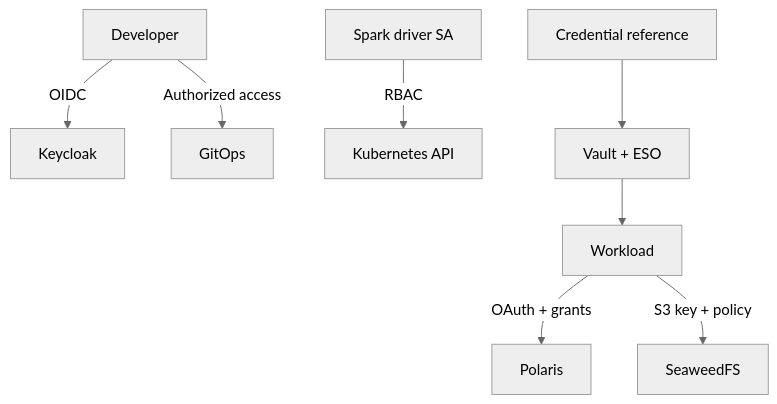
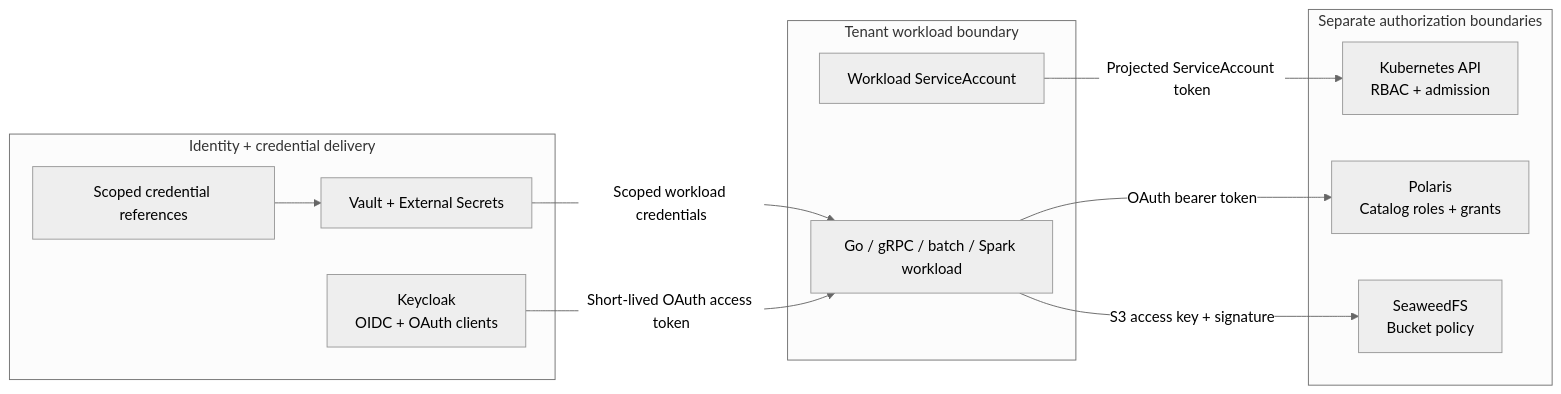
One commit to MrDaggubati/infer-blog changed the fifth of 8 diagrams in content/blog/opendp-kubernetes-paved-paths/article.md. Above: the diagram before and after it, drawn with Mermaid (neutral theme). The commit also changed other lines of this file and 11 other files, not shown here.

````diff
--- a/content/blog/opendp-kubernetes-paved-paths/article.md
+++ b/content/blog/opendp-kubernetes-paved-paths/article.md
@@ -134,10 +170,26 @@
 ```mermaid
-flowchart TB
-    DEV["Developer"] -->|"OIDC"| KC["Keycloak"]
-    DEV -->|"Authorized access"| GIT["GitOps"]
-    SA["Spark driver SA"] -->|"RBAC"| API["Kubernetes API"]
-    REF["Credential reference"] --> VAULT["Vault + ESO"]
-    VAULT --> JOB["Workload"]
-    JOB -->|"OAuth + grants"| POL["Polaris"]
-    JOB -->|"S3 key + policy"| S3["SeaweedFS"]
+flowchart LR
+    subgraph ID["Identity + credential delivery"]
+        KC["Keycloak<br/>OIDC + OAuth clients"]
+        REF["Scoped credential references"]
+        VAULT["Vault + External Secrets"]
+        REF --> VAULT
+    end
+
+    subgraph EXEC["Tenant workload boundary"]
+        APP["Go / gRPC / batch / Spark workload"]
+        SA["Workload ServiceAccount"]
+    end
+
+    subgraph TARGET["Separate authorization boundaries"]
+        API["Kubernetes API<br/>RBAC + admission"]
+        POL["Polaris<br/>Catalog roles + grants"]
+        S3["SeaweedFS<br/>Bucket policy"]
+    end
+
+    VAULT -->|"Scoped workload credentials"| APP
+    KC -->|"Short-lived OAuth access token"| APP
+    APP -->|"OAuth bearer token"| POL
+    APP -->|"S3 access key + signature"| S3
+    SA -->|"Projected ServiceAccount token"| API
 ```
````
